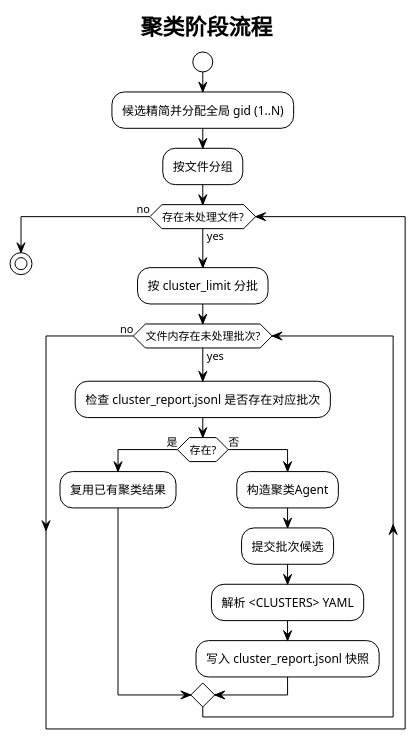
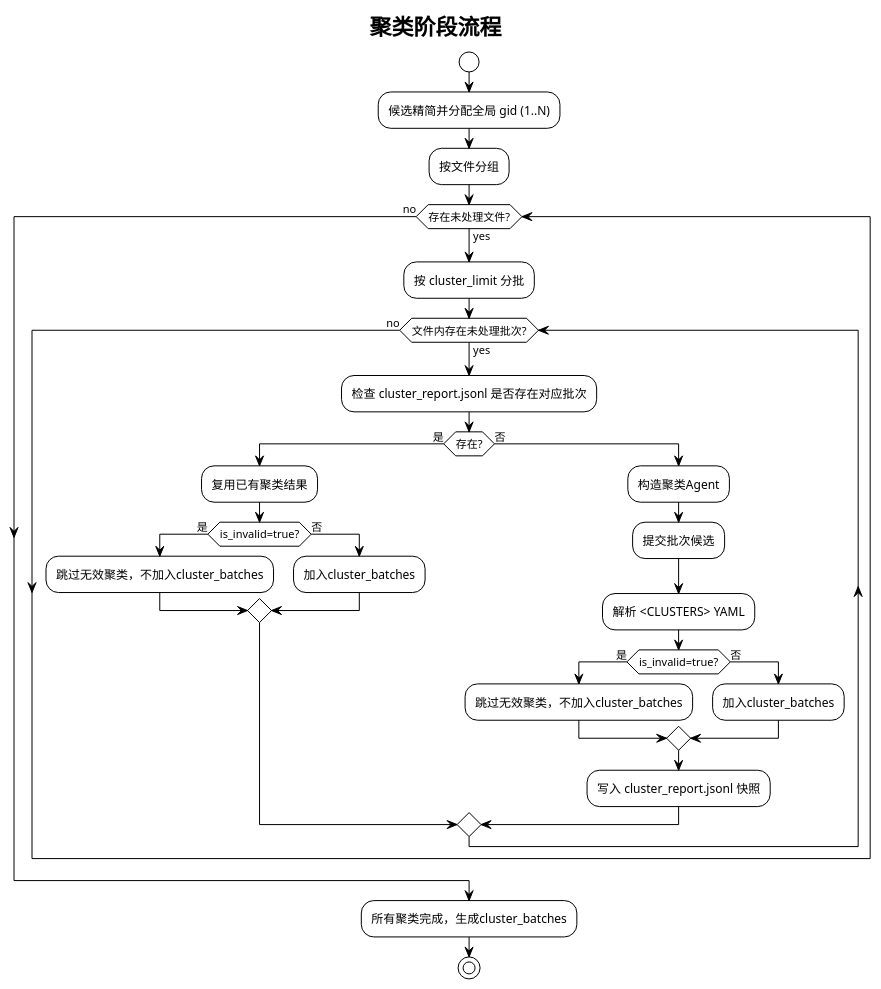
Before and after one commit to skyfireitdiy/Jarvis: diagram 37 of 60 in 技术报告.md, drawn with PlantUML. The commit also changed other lines of this file and 1 other file, not shown here.

````diff
--- a/技术报告.md
+++ b/技术报告.md
@@ -3245,25 +3296,36 @@
 ```plantuml
 @startuml
 !theme plain
 title 聚类阶段流程
 
 start
 :候选精简并分配全局 gid (1..N);
 :按文件分组;
 while (存在未处理文件?) is (yes)
   :按 cluster_limit 分批;
   while (文件内存在未处理批次?) is (yes)
     :检查 cluster_report.jsonl 是否存在对应批次;
     if (存在?) then (是)
       :复用已有聚类结果;
+      if (is_invalid=true?) then (是)
+        :跳过无效聚类，不加入cluster_batches;
+      else (否)
+        :加入cluster_batches;
+      endif
     else (否)
       :构造聚类Agent;
       :提交批次候选;
       :解析 <CLUSTERS> YAML;
+      if (is_invalid=true?) then (是)
+        :跳过无效聚类，不加入cluster_batches;
+      else (否)
+        :加入cluster_batches;
+      endif
       :写入 cluster_report.jsonl 快照;
     endif
   endwhile (no)
 endwhile (no)
+:所有聚类完成，生成cluster_batches;
 stop
 @enduml
 ```
````
